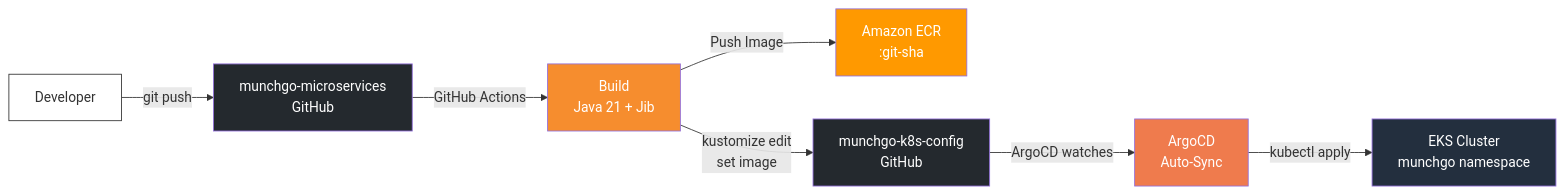
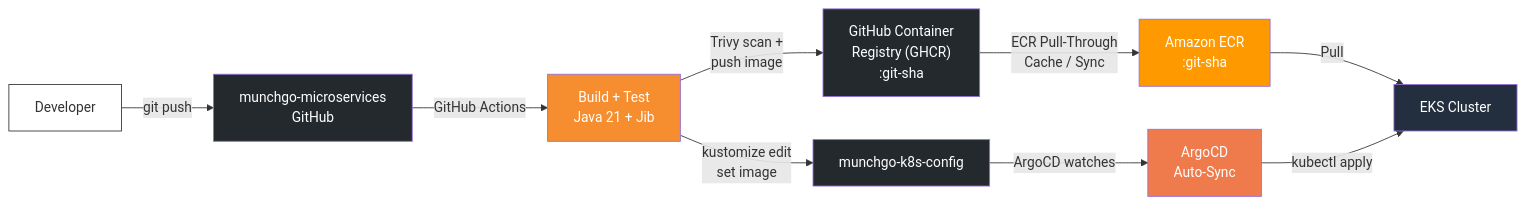
Before and after one commit to shanaka-versent/munchgo-aws-iac: diagram 14 of 19 in README.md, drawn with Mermaid. The commit also changed other lines of this file, not shown here.

First line of the commit message:
Update README CI/CD section — document GHCR-based container pipeline

````diff
--- a/README.md
+++ b/README.md
@@ -824,17 +826,20 @@
 ```mermaid
 graph LR
-    DEV[Developer] -->|git push| MICRO["munchgo-microservices<br/>GitHub"]
-    MICRO -->|GitHub Actions| BUILD["Build<br/>Java 21 + Jib"]
-    BUILD -->|Push Image| ECR["Amazon ECR<br/>:git-sha"]
-    BUILD -->|"kustomize edit<br/>set image"| GITOPS["munchgo-k8s-config<br/>GitHub"]
+    DEV[Developer] -->|git push| GH["munchgo-microservices<br/>GitHub"]
+    GH -->|GitHub Actions| BUILD["Build + Test<br/>Java 21 + Jib"]
+    BUILD -->|"Trivy scan +<br/>push image"| GHCR["GitHub Container<br/>Registry (GHCR)<br/>:git-sha"]
+    GHCR -->|"ECR Pull-Through<br/>Cache / Sync"| ECR["Amazon ECR<br/>:git-sha"]
+    ECR -->|Pull| EKS2["EKS Cluster"]
+    BUILD -->|"kustomize edit<br/>set image"| GITOPS["munchgo-k8s-config"]
     GITOPS -->|ArgoCD watches| ARGO["ArgoCD<br/>Auto-Sync"]
-    ARGO -->|kubectl apply| EKS["EKS Cluster<br/>munchgo namespace"]
+    ARGO -->|kubectl apply| EKS2
 
     style DEV fill:#fff,stroke:#333,color:#333
-    style MICRO fill:#24292E,color:#fff
+    style GH fill:#24292E,color:#fff
     style BUILD fill:#F68D2E,color:#fff
+    style GHCR fill:#24292E,color:#fff
     style ECR fill:#FF9900,color:#fff
     style GITOPS fill:#24292E,color:#fff
     style ARGO fill:#EF7B4D,color:#fff
-    style EKS fill:#232F3E,color:#fff
+    style EKS2 fill:#232F3E,color:#fff
 ```
````
